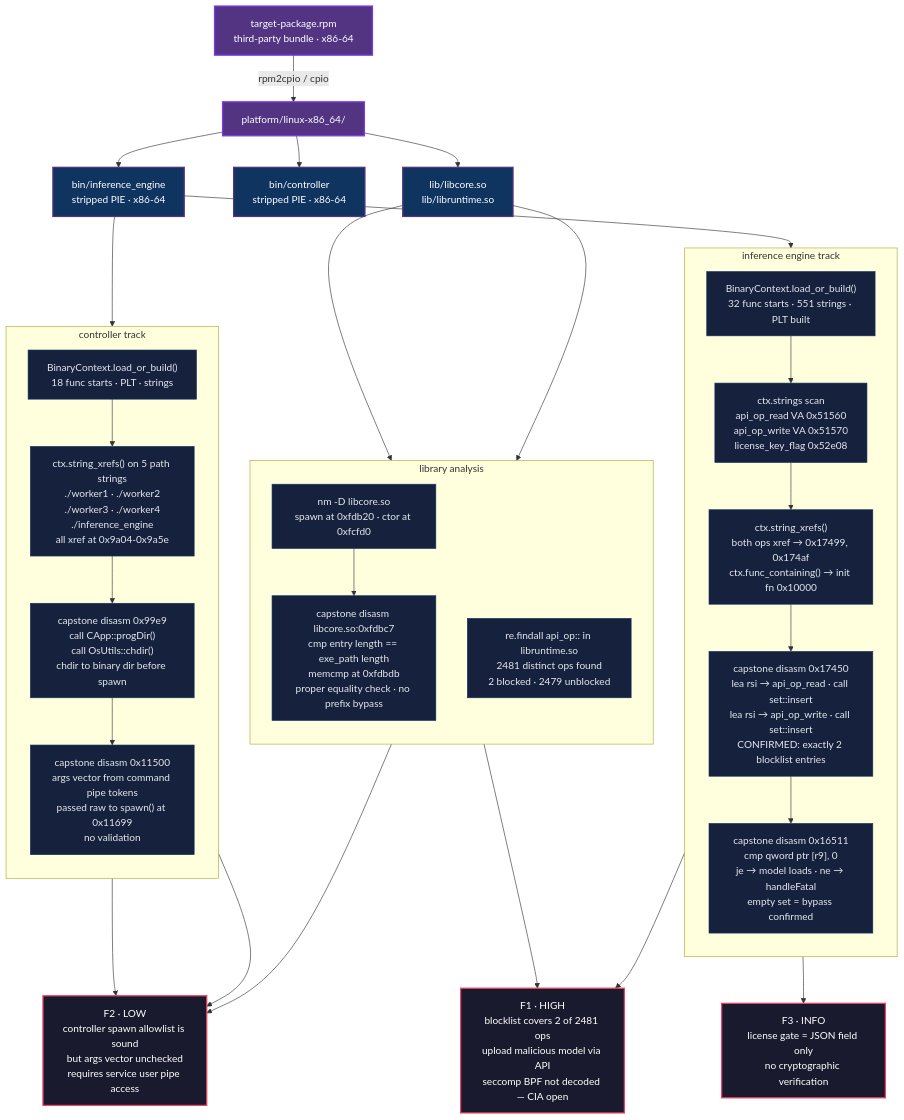
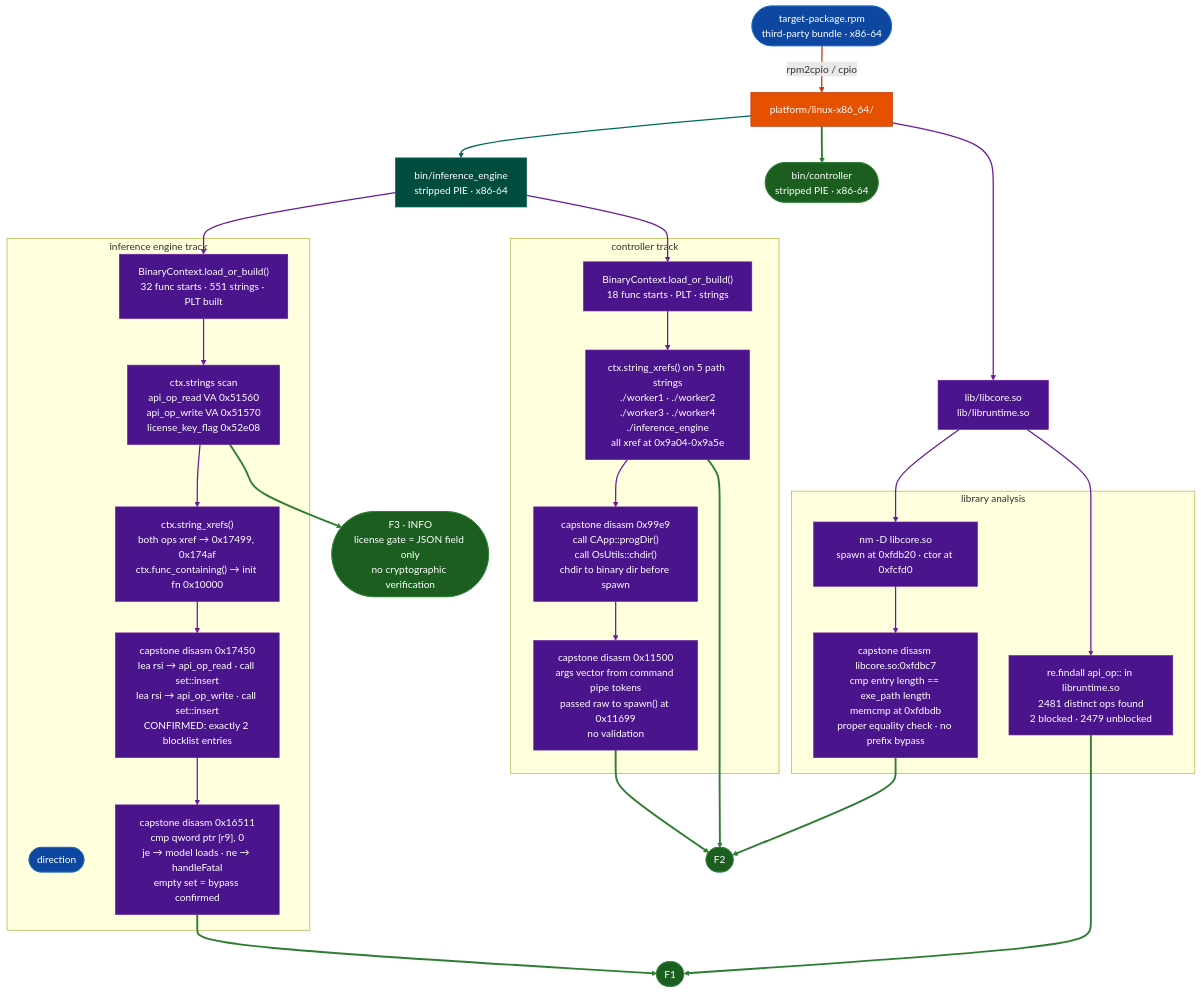
One commit to Ablation-Tool/ablation changed the diagram in docs/guide-re-workflow.md. Above: the diagram before and after it, drawn with Mermaid. The commit also changed 320 other files, not shown here.

First line of the commit message:
docs: apply canonical Mermaid template to all 321 diagrams

````diff
--- a/docs/guide-re-workflow.md
+++ b/docs/guide-re-workflow.md
@@ -3,59 +3,77 @@
 ```mermaid
 flowchart TD
-    RPM["target-package.rpm<br/>third-party bundle · x86-64"]
+    RPM(["target-package.rpm<br/>third-party bundle · x86-64"]):::input
 
-    RPM -->|rpm2cpio / cpio| EXTRACT["platform/linux-x86_64/"]
+    RPM:::input -->|rpm2cpio / cpio| EXTRACT["platform/linux-x86_64/"]:::primary
 
-    EXTRACT --> PI["bin/inference_engine<br/>stripped PIE · x86-64"]
-    EXTRACT --> CTRL["bin/controller<br/>stripped PIE · x86-64"]
-    EXTRACT --> LIBS["lib/libcore.so<br/>lib/libruntime.so"]
+    EXTRACT:::primary --> PI["bin/inference_engine<br/>stripped PIE · x86-64"]:::secondary
+    EXTRACT:::primary --> CTRL(["bin/controller<br/>stripped PIE · x86-64"]):::output
+    EXTRACT:::primary --> LIBS["lib/libcore.so<br/>lib/libruntime.so"]:::tertiary
 
     subgraph TRACK_PI ["inference engine track"]
-        direction TB
-        BCI["BinaryContext.load_or_build()<br/>32 func starts · 551 strings · PLT built"]
-        BCI --> SS["ctx.strings scan<br/>api_op_read VA 0x51560<br/>api_op_write VA 0x51570<br/>license_key_flag 0x52e08"]
-        SS --> XREF["ctx.string_xrefs()<br/>both ops xref → 0x17499, 0x174af<br/>ctx.func_containing() → init fn 0x10000"]
-        XREF --> DA1["capstone disasm 0x17450<br/>lea rsi → api_op_read · call set::insert<br/>lea rsi → api_op_write · call set::insert<br/>CONFIRMED: exactly 2 blocklist entries"]
-        DA1 --> DA2["capstone disasm 0x16511<br/>cmp qword ptr [r9], 0<br/>je → model loads · ne → handleFatal<br/>empty set = bypass confirmed"]
+    direction(["direction"]):::input
+    BCI["BinaryContext.load_or_build()<br/>32 func starts · 551 strings · PLT built"]:::tertiary
+    BCI:::tertiary --> SS["ctx.strings scan<br/>api_op_read VA 0x51560<br/>api_op_write VA 0x51570<br/>license_key_flag 0x52e08"]:::tertiary
+    SS:::tertiary --> XREF["ctx.string_xrefs()<br/>both ops xref → 0x17499, 0x174af<br/>ctx.func_containing() → init fn 0x10000"]:::tertiary
+    XREF:::tertiary --> DA1["capstone disasm 0x17450<br/>lea rsi → api_op_read · call set::insert<br/>lea rsi → api_op_write · call set::insert<br/>CONFIRMED: exactly 2 blocklist entries"]:::tertiary
+    DA1:::tertiary --> DA2["capstone disasm 0x16511<br/>cmp qword ptr [r9], 0<br/>je → model loads · ne → handleFatal<br/>empty set = bypass confirmed"]:::tertiary
     end
 
     subgraph TRACK_LIBS ["library analysis"]
-        direction TB
-        NM["nm -D libcore.so<br/>spawn at 0xfdb20 · ctor at 0xfcfd0"]
-        NM --> DA3["capstone disasm libcore.so:0xfdbc7<br/>cmp entry length == exe_path length<br/>memcmp at 0xfdbdb<br/>proper equality check · no prefix bypass"]
-        LSCAN["re.findall api_op:: in libruntime.so<br/>2481 distinct ops found<br/>2 blocked · 2479 unblocked"]
+    direction:::input
+    NM["nm -D libcore.so<br/>spawn at 0xfdb20 · ctor at 0xfcfd0"]:::tertiary
+    NM:::tertiary --> DA3["capstone disasm libcore.so:0xfdbc7<br/>cmp entry length == exe_path length<br/>memcmp at 0xfdbdb<br/>proper equality check · no prefix bypass"]:::tertiary
+    LSCAN["re.findall api_op:: in libruntime.so<br/>2481 distinct ops found<br/>2 blocked · 2479 unblocked"]:::tertiary
     end
 
     subgraph TRACK_CTRL ["controller track"]
-        direction TB
-        BCC["BinaryContext.load_or_build()<br/>18 func starts · PLT · strings"]
-        BCC --> XREF2["ctx.string_xrefs() on 5 path strings<br/>./worker1 · ./worker2<br/>./worker3 · ./worker4<br/>./inference_engine<br/>all xref at 0x9a04-0x9a5e"]
-        XREF2 --> DA4["capstone disasm 0x99e9<br/>call CApp::progDir()<br/>call OsUtils::chdir()<br/>chdir to binary dir before spawn"]
-        DA4 --> DA5["capstone disasm 0x11500<br/>args vector from command pipe tokens<br/>passed raw to spawn() at 0x11699<br/>no validation"]
+    direction:::input
+    BCC["BinaryContext.load_or_build()<br/>18 func starts · PLT · strings"]:::tertiary
+    BCC:::tertiary --> XREF2["ctx.string_xrefs() on 5 path strings<br/>./worker1 · ./worker2<br/>./worker3 · ./worker4<br/>./inference_engine<br/>all xref at 0x9a04-0x9a5e"]:::tertiary
+    XREF2:::tertiary --> DA4["capstone disasm 0x99e9<br/>call CApp::progDir()<br/>call OsUtils::chdir()<br/>chdir to binary dir before spawn"]:::tertiary
+    DA4:::tertiary --> DA5["capstone disasm 0x11500<br/>args vector from command pipe tokens<br/>passed raw to spawn() at 0x11699<br/>no validation"]:::tertiary
     end
 
-    PI --> BCI
-    PI --> BCC
-    LIBS --> NM
-    LIBS --> LSCAN
+    PI:::secondary --> BCI:::tertiary
+    PI:::secondary --> BCC:::tertiary
+    LIBS:::tertiary --> NM:::tertiary
+    LIBS:::tertiary --> LSCAN:::tertiary
 
-    DA2 --> F1
-    LSCAN --> F1["F1 · HIGH<br/>blocklist covers 2 of 2481 ops<br/>upload malicious model via API<br/>seccomp BPF not decoded — CIA open"]
+    DA2:::tertiary --> F1(["F1"]):::output
+    LSCAN:::tertiary --> F1:::output
 
-    DA3 --> F2
-    XREF2 --> F2["F2 · LOW<br/>controller spawn allowlist is sound<br/>but args vector unchecked<br/>requires service user pipe access"]
+    DA3:::tertiary --> F2(["F2"]):::output
+    XREF2:::tertiary --> F2:::output
 
-    DA5 --> F2
+    DA5:::tertiary --> F2:::output
 
-    SS --> F3["F3 · INFO<br/>license gate = JSON field only<br/>no cryptographic verification"]
-
-    classDef finding fill:#1a1a2e,stroke:#e94560,stroke-width:2px,color:#fff
-    classDef tool fill:#16213e,stroke:#0f3460,stroke-width:1px,color:#e5e7eb
-    classDef binary fill:#0f3460,stroke:#533483,stroke-width:2px,color:#fff
-    classDef input fill:#533483,stroke:#7c3aed,stroke-width:2px,color:#fff
-
-    class F1,F2,F3 finding
-    class BCI,BCC,NM,LSCAN,SS,XREF,XREF2,DA1,DA2,DA3,DA4,DA5 tool
-    class PI,CTRL,LIBS binary
-    class RPM,EXTRACT input
+    SS:::tertiary --> F3(["F3 · INFO<br/>license gate = JSON field only<br/>no cryptographic verification"]):::output
+    classDef input     fill:#0d47a1,stroke:#1565c0,color:#fff
+    classDef primary   fill:#e65100,stroke:#bf360c,color:#fff
+    classDef secondary fill:#004d40,stroke:#00695c,color:#fff
+    classDef tertiary  fill:#4a148c,stroke:#6a1b9a,color:#fff
+    classDef neutral   fill:#37474f,stroke:#546e7a,color:#fff
+    classDef output    fill:#1b5e20,stroke:#2e7d32,color:#fff
+    linkStyle 0 stroke:#bf360c,stroke-width:2px
+    linkStyle 1 stroke:#00695c,stroke-width:2px
+    linkStyle 2 stroke:#2e7d32,stroke-width:3px
+    linkStyle 3 stroke:#6a1b9a,stroke-width:2px
+    linkStyle 4 stroke:#6a1b9a,stroke-width:2px
+    linkStyle 5 stroke:#6a1b9a,stroke-width:2px
+    linkStyle 6 stroke:#6a1b9a,stroke-width:2px
+    linkStyle 7 stroke:#6a1b9a,stroke-width:2px
+    linkStyle 8 stroke:#6a1b9a,stroke-width:2px
+    linkStyle 9 stroke:#6a1b9a,stroke-width:2px
+    linkStyle 10 stroke:#6a1b9a,stroke-width:2px
+    linkStyle 11 stroke:#6a1b9a,stroke-width:2px
+    linkStyle 12 stroke:#6a1b9a,stroke-width:2px
+    linkStyle 13 stroke:#6a1b9a,stroke-width:2px
+    linkStyle 14 stroke:#6a1b9a,stroke-width:2px
+    linkStyle 15 stroke:#6a1b9a,stroke-width:2px
+    linkStyle 16 stroke:#2e7d32,stroke-width:3px
+    linkStyle 17 stroke:#2e7d32,stroke-width:3px
+    linkStyle 18 stroke:#2e7d32,stroke-width:3px
+    linkStyle 19 stroke:#2e7d32,stroke-width:3px
+    linkStyle 20 stroke:#2e7d32,stroke-width:3px
+    linkStyle 21 stroke:#2e7d32,stroke-width:3px
 ```
````
